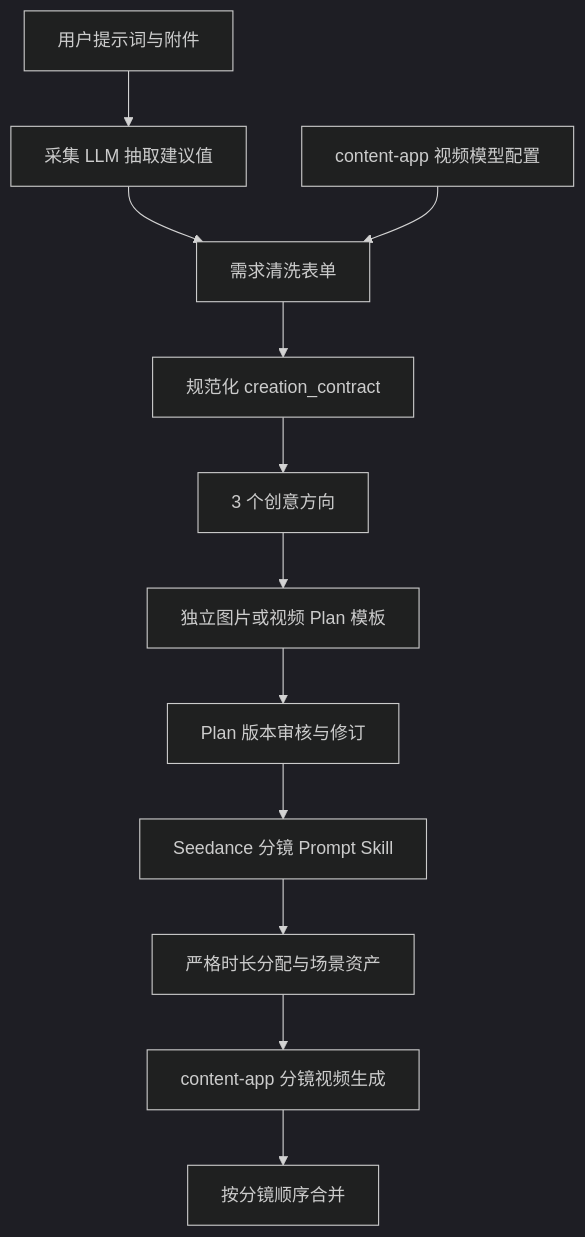
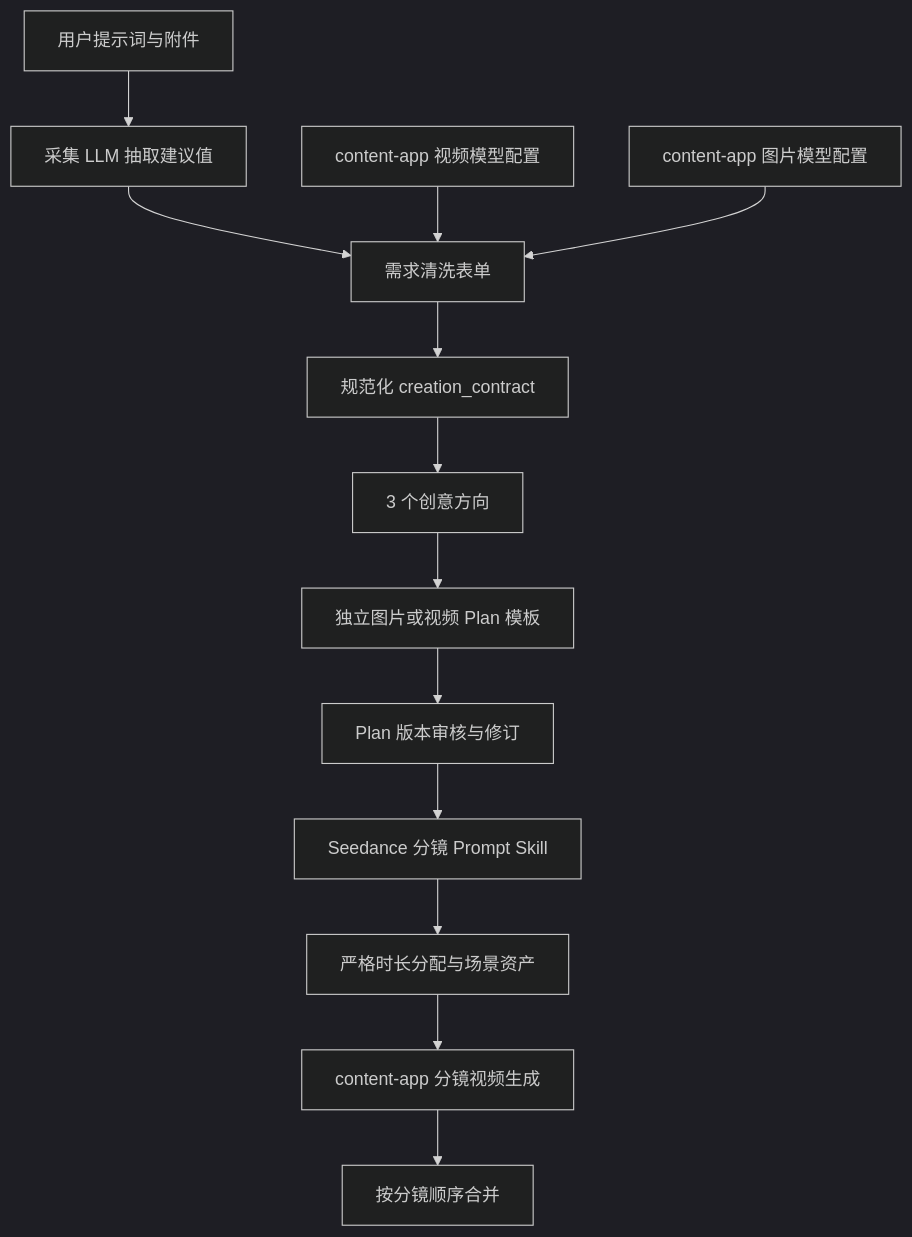
Before and after one commit to joyslxd/pixelflow: the diagram in docs/superpowers/specs/2026-07-10-video-intake-plan-seedance-contract-design.md, drawn with Mermaid (dark theme). The commit also changed other lines of this file, not shown here.

````diff
--- a/docs/superpowers/specs/2026-07-10-video-intake-plan-seedance-contract-design.md
+++ b/docs/superpowers/specs/2026-07-10-video-intake-plan-seedance-contract-design.md
@@ -33,14 +33,15 @@
 ```mermaid
 flowchart TD
   A["用户提示词与附件"] --> B["采集 LLM 抽取建议值"]
   B --> C["需求清洗表单"]
-  M["content-app 视频模型配置"] --> C
+  M1["content-app 视频模型配置"] --> C
+  M2["content-app 图片模型配置"] --> C
   C --> D["规范化 creation_contract"]
   D --> E["3 个创意方向"]
   E --> F["独立图片或视频 Plan 模板"]
   F --> G["Plan 版本审核与修订"]
   G --> H["Seedance 分镜 Prompt Skill"]
   H --> I["严格时长分配与场景资产"]
   I --> J["content-app 分镜视频生成"]
   J --> K["按分镜顺序合并"]
 ```
````
